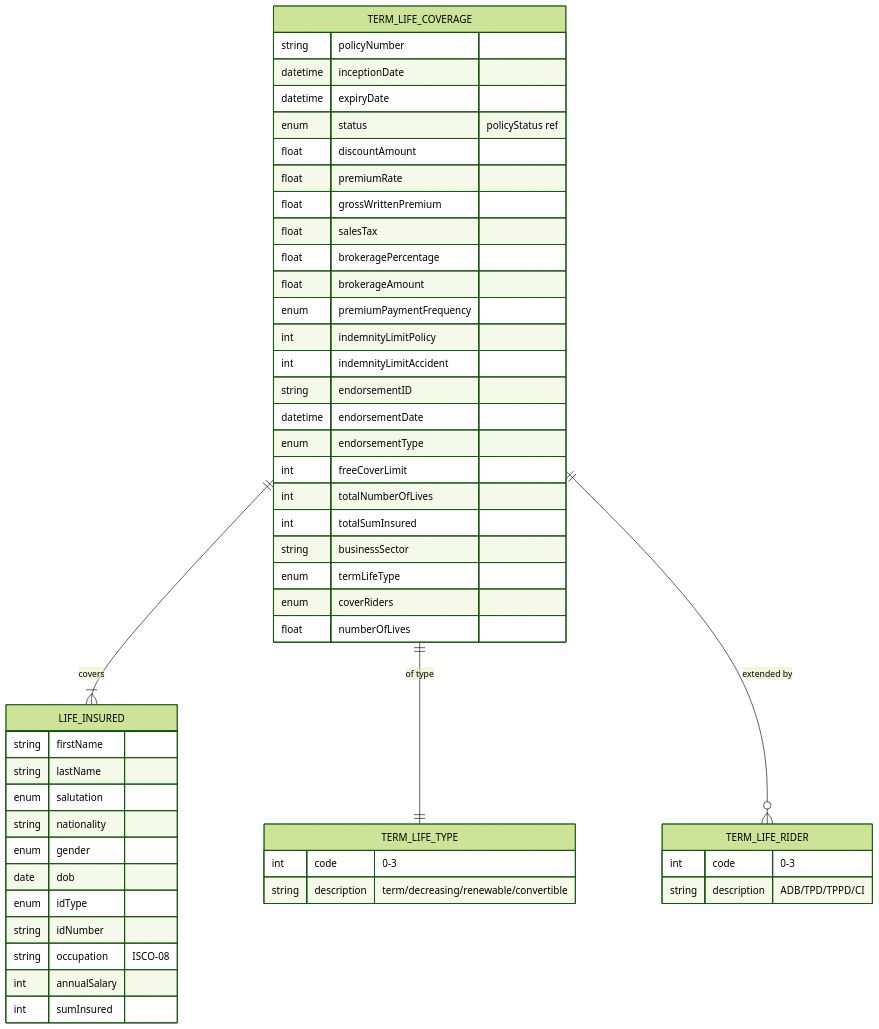
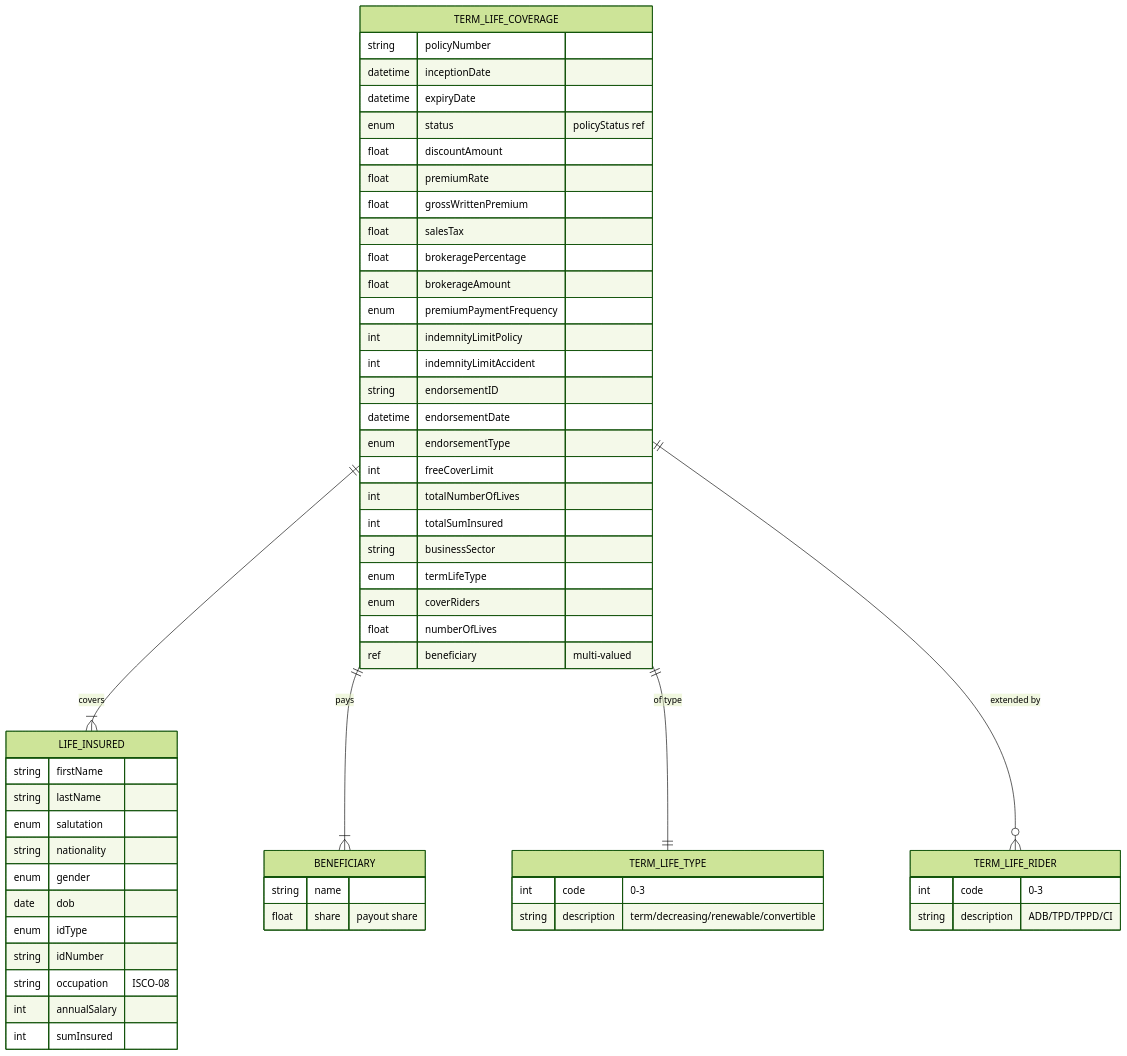
Before and after one commit to trisilva/opin: the diagram in 05-term-life/data-model.md, drawn with Mermaid (forest theme). The commit also changed other lines of this file and 44 other files, not shown here.

````diff
--- a/05-term-life/data-model.md
+++ b/05-term-life/data-model.md
@@ -9,53 +12,60 @@
 ```mermaid
 erDiagram
     TERM_LIFE_COVERAGE {
         string policyNumber
         datetime inceptionDate
         datetime expiryDate
         enum status "policyStatus ref"
         float discountAmount
         float premiumRate
         float grossWrittenPremium
         float salesTax
         float brokeragePercentage
         float brokerageAmount
         enum premiumPaymentFrequency
         int indemnityLimitPolicy
         int indemnityLimitAccident
         string endorsementID
         datetime endorsementDate
         enum endorsementType
         int freeCoverLimit
         int totalNumberOfLives
         int totalSumInsured
         string businessSector
         enum termLifeType
         enum coverRiders
         float numberOfLives
+        ref beneficiary "multi-valued"
     }
     LIFE_INSURED {
         string firstName
         string lastName
         enum salutation
         string nationality
         enum gender
         date dob
         enum idType
         string idNumber
         string occupation "ISCO-08"
         int annualSalary
         int sumInsured
     }
     TERM_LIFE_TYPE {
         int code "0-3"
         string description "term/decreasing/renewable/convertible"
     }
     TERM_LIFE_RIDER {
         int code "0-3"
         string description "ADB/TPD/TPPD/CI"
     }
 
+    BENEFICIARY {
+        string name
+        float share "payout share"
+    }
+
     TERM_LIFE_COVERAGE ||--|{ LIFE_INSURED : "covers"
+    TERM_LIFE_COVERAGE ||--|{ BENEFICIARY : "pays"
     TERM_LIFE_COVERAGE ||--|| TERM_LIFE_TYPE : "of type"
     TERM_LIFE_COVERAGE ||--o{ TERM_LIFE_RIDER : "extended by"
 ```
````
